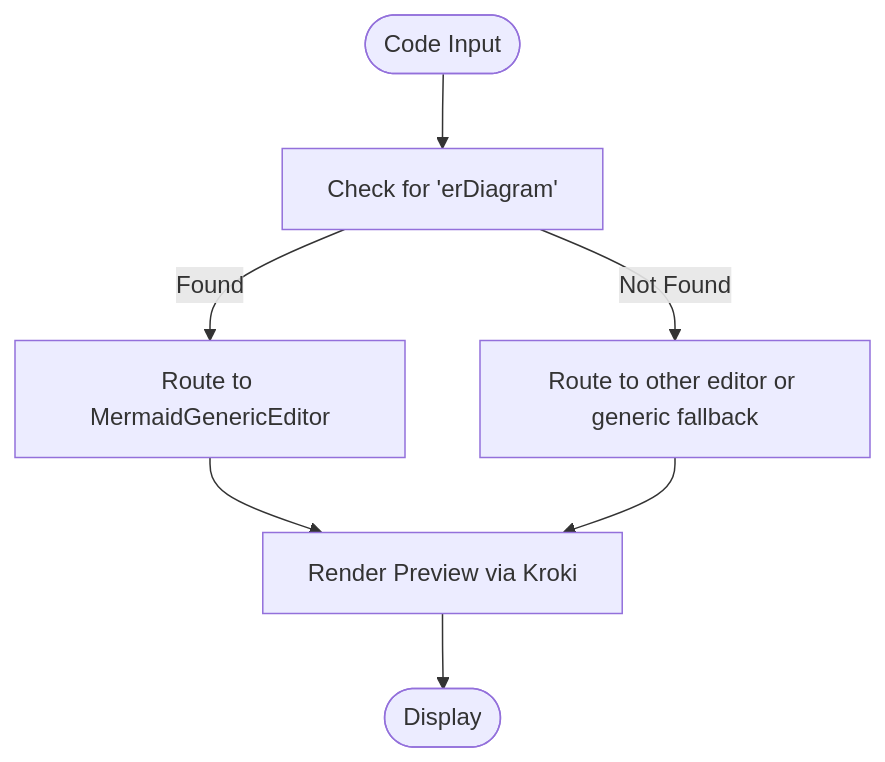
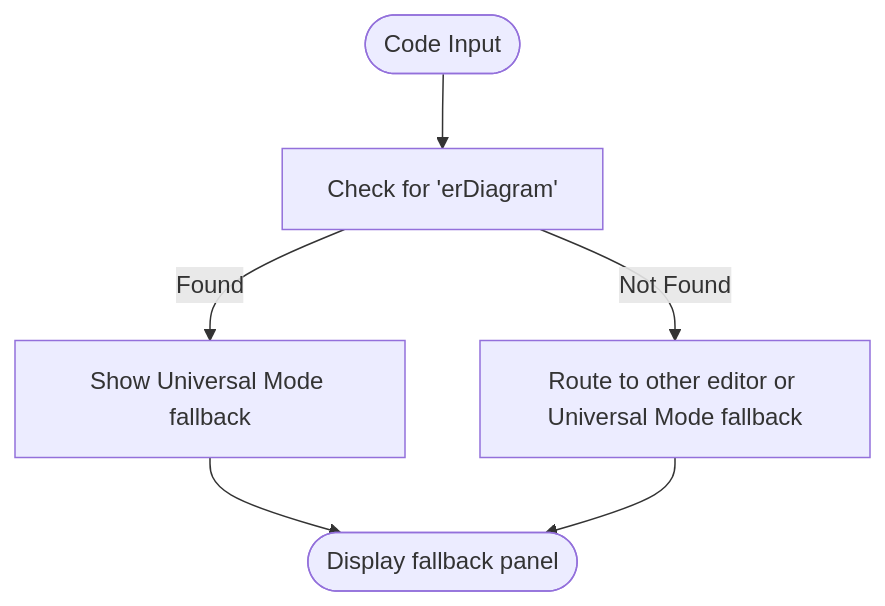
One commit to ongchonghian/universal-diagram-editor changed the third of 6 diagrams in .qoder/repowiki/en/content/Diagram Types and Formats/Mermaid Diagrams/Entity Relationship Diagrams.md. Above: the diagram before and after it, drawn with Mermaid. The commit also changed other lines of this file and 31 other files, not shown here.

````diff
--- a/.qoder/repowiki/en/content/Diagram Types and Formats/Mermaid Diagrams/Entity Relationship Diagrams.md
+++ b/.qoder/repowiki/en/content/Diagram Types and Formats/Mermaid Diagrams/Entity Relationship Diagrams.md
@@ -111,9 +105,8 @@
 ```mermaid
 flowchart TD
 Start(["Code Input"]) --> Check["Check for 'erDiagram'"]
-Check --> |Found| Route["Route to MermaidGenericEditor"]
-Check --> |Not Found| Other["Route to other editor or generic fallback"]
-Route --> Preview["Render Preview via Kroki"]
-Other --> Preview
-Preview --> End(["Display"])
+Check --> |Found| Route["Show Universal Mode fallback"]
+Check --> |Not Found| Other["Route to other editor or Universal Mode fallback"]
+Route --> End(["Display fallback panel"])
+Other --> End
 ```
````
